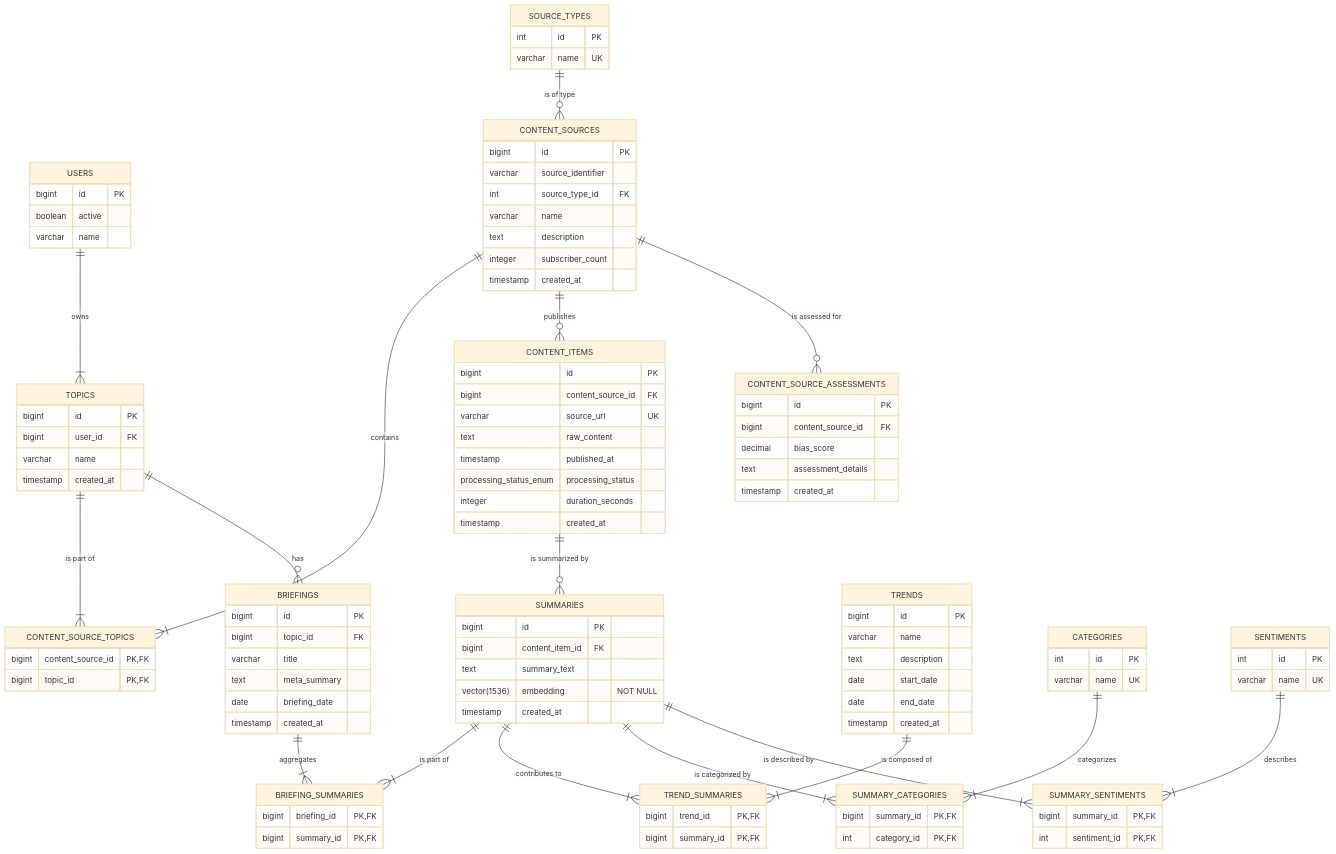
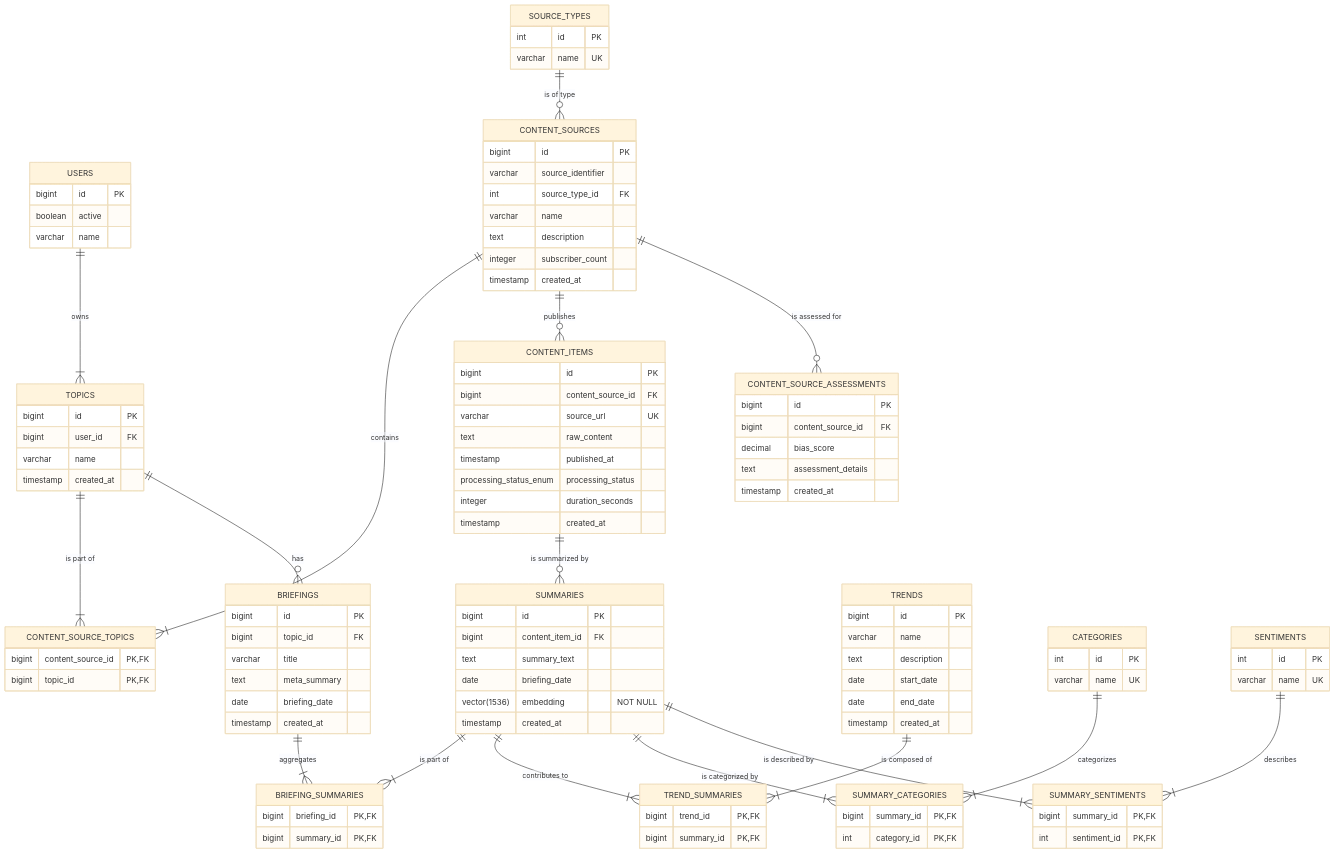
One commit to sjuresa/povzetkar changed the diagram in docs/sdlc/04_database_design.md. Above: the diagram before and after it, drawn with Mermaid (base theme). The commit also changed other lines of this file and 2 other files, not shown here.

Commit message:
refactor(db): consolidate briefing_date into initial schema

```diff
--- a/docs/sdlc/04_database_design.md
+++ b/docs/sdlc/04_database_design.md
@@ -84,6 +85,7 @@
         bigint id PK
         bigint content_item_id FK
         text summary_text
+        date briefing_date
         vector(1536) embedding "NOT NULL"
         timestamp created_at
     }
```
